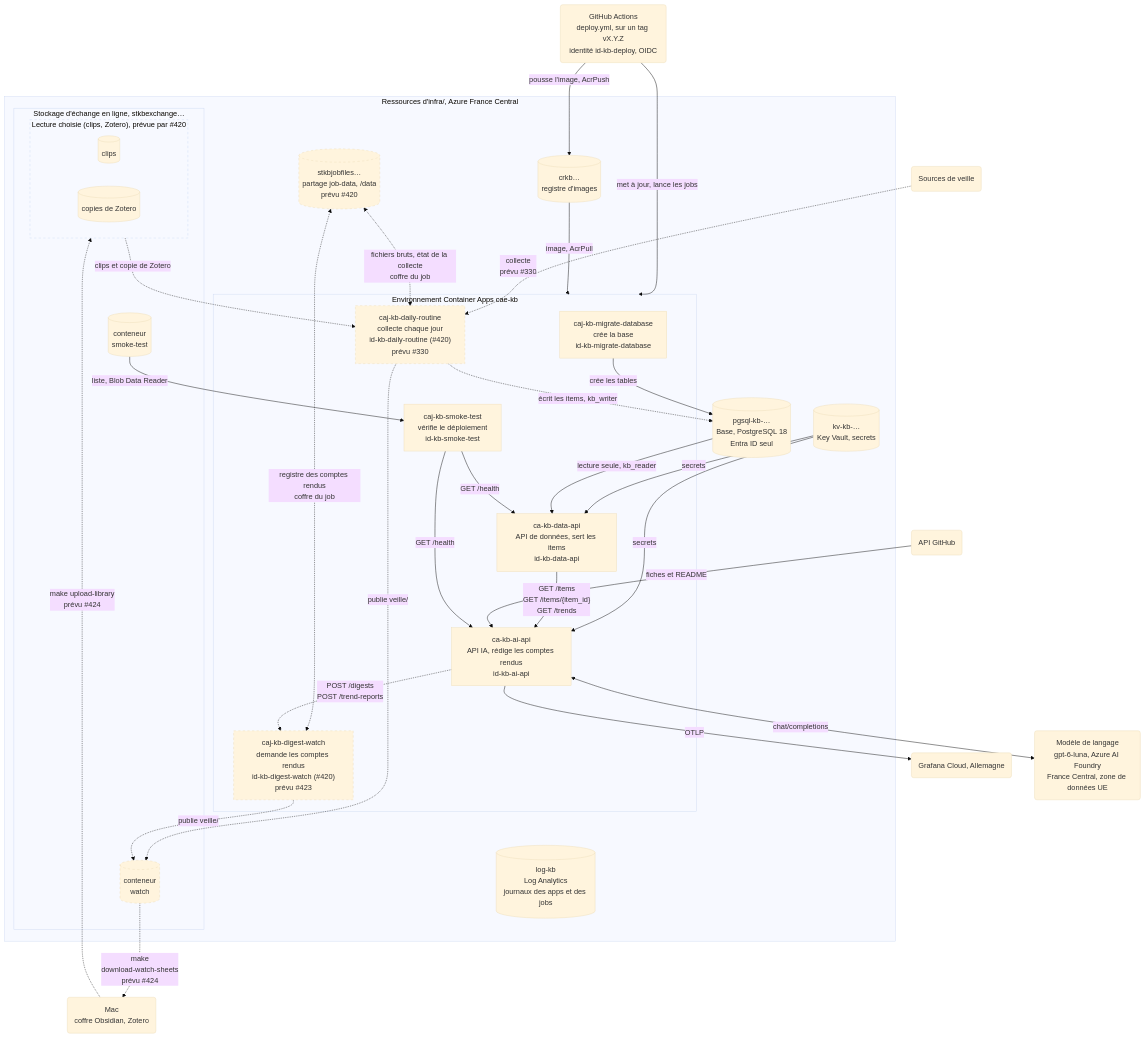
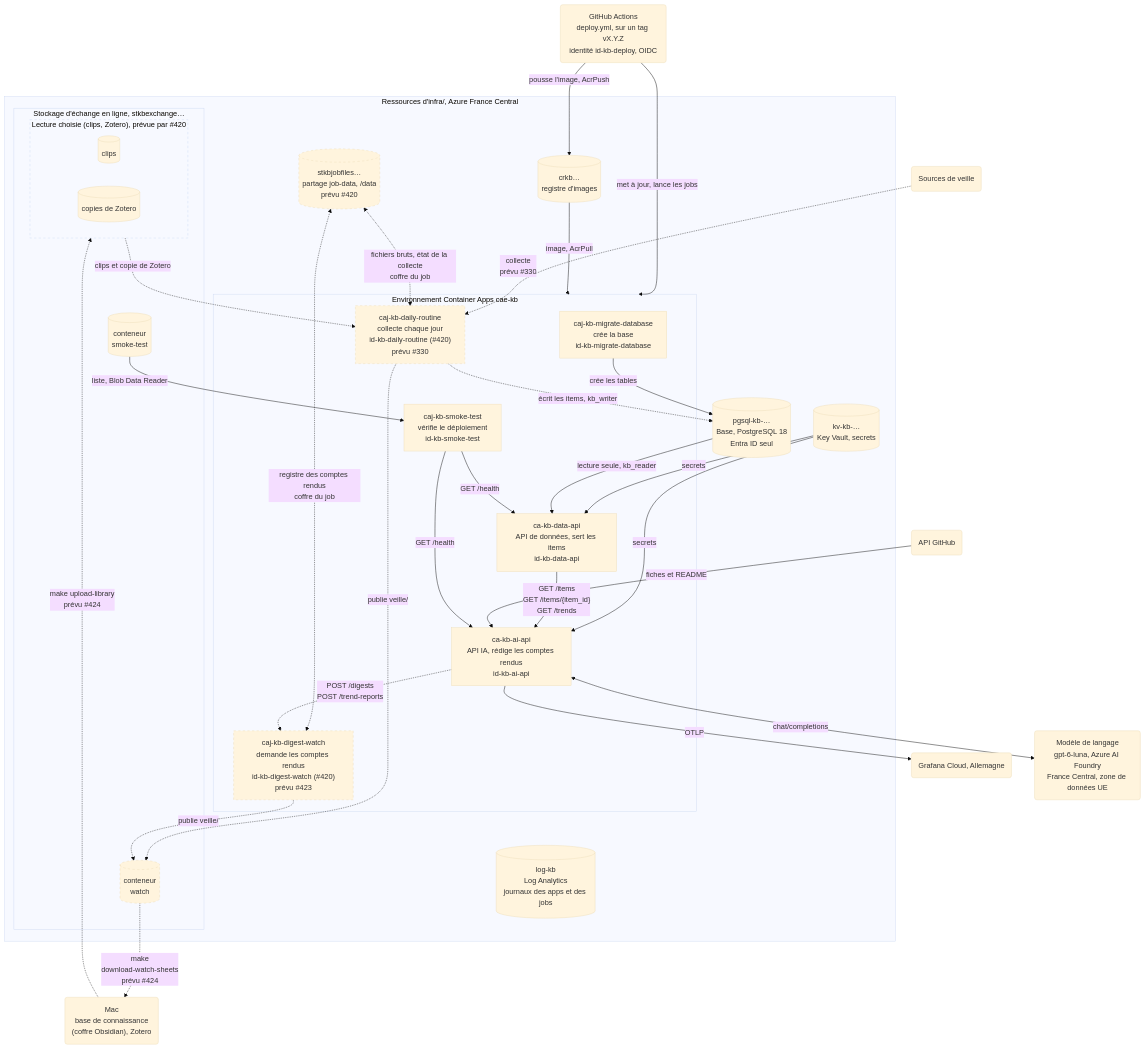
Before and after one commit to SabineLaurent/K-B: the fourth of 4 diagrams in documentation/architecture_pour_docu.md, drawn with Mermaid (base theme). The commit also changed other lines of this file, not shown here.

Commit message:
docs: name the vault the knowledge base (Obsidian vault) in the schemas (issue 511)

````diff
--- a/documentation/architecture_pour_docu.md
+++ b/documentation/architecture_pour_docu.md
@@ -370,61 +370,61 @@
 ```mermaid
 flowchart TB
     actions("GitHub Actions<br>deploy.yml, sur un tag vX.Y.Z<br>identité id-kb-deploy, OIDC")
-    mac("Mac<br>coffre Obsidian, Zotero")
+    mac("Mac<br>base de connaissance<br>(coffre Obsidian), Zotero")
     sources("Sources de veille")
     subgraph azure["Ressources d'infra/, Azure France Central"]
         registry[("crkb…<br>registre d'images")]
         keyVault[("kv-kb-…<br>Key Vault, secrets")]
         logs[("log-kb<br>Log Analytics<br>journaux des apps et des jobs")]
         subgraph cae["Environnement Container Apps cae-kb"]
             migrateJob["caj-kb-migrate-database<br>crée la base<br>id-kb-migrate-database"]
             smokeJob["caj-kb-smoke-test<br>vérifie le déploiement<br>id-kb-smoke-test"]
             dataApi["ca-kb-data-api<br>API de données, sert les items<br>id-kb-data-api"]
             aiApi["ca-kb-ai-api<br>API IA, rédige les comptes rendus<br>id-kb-ai-api"]
             dailyJob["caj-kb-daily-routine<br>collecte chaque jour<br>id-kb-daily-routine (#420)<br>prévu #330"]
             digestJob["caj-kb-digest-watch<br>demande les comptes rendus<br>id-kb-digest-watch (#420)<br>prévu #423"]
         end
         base[("pgsql-kb-…<br>Base, PostgreSQL 18<br>Entra ID seul")]
         subgraph exchange["Stockage d'échange en ligne, stkbexchange…"]
             smokeContainer[("conteneur<br>smoke-test")]
             subgraph choice["Lecture choisie (clips, Zotero), prévue par #420"]
                 clipContainer[("clips")]
                 zoteroContainer[("copies de Zotero")]
             end
             watchContainer[("conteneur<br>watch")]
         end
         jobFiles[("stkbjobfiles…<br>partage job-data, /data<br>prévu #420")]
     end
     grafana("Grafana Cloud, Allemagne")
     githubApi("API GitHub")
     model("Modèle de langage<br>gpt-6-luna, Azure AI Foundry<br>France Central, zone de données UE")
     style dailyJob stroke-dasharray: 5 5
     style digestJob stroke-dasharray: 5 5
     style choice stroke-dasharray: 5 5
     style watchContainer stroke-dasharray: 5 5
     style jobFiles stroke-dasharray: 5 5
     actions -->|"pousse l'image, AcrPush"| registry
     actions -->|"met à jour, lance les jobs"| cae
     registry -->|"image, AcrPull"| cae
     keyVault -->|"secrets"| dataApi
     keyVault -->|"secrets"| aiApi
     migrateJob -->|"crée les tables"| base
     base -->|"lecture seule, kb_reader"| dataApi
     dataApi -->|"GET /items<br>GET /items/{item_id}<br>GET /trends"| aiApi
     aiApi -->|"OTLP"| grafana
     githubApi -->|"fiches et README"| aiApi
     aiApi <-->|"chat/completions"| model
     smokeContainer -->|"liste, Blob Data Reader"| smokeJob
     smokeJob -->|"GET /health"| dataApi
     smokeJob -->|"GET /health"| aiApi
     mac -.->|"make upload-library<br>prévu #424"| choice
     sources -.->|"collecte<br>prévu #330"| dailyJob
     choice -.->|"clips et copie de Zotero"| dailyJob
     dailyJob -.->|"écrit les items, kb_writer"| base
     jobFiles <-.->|"fichiers bruts, état de la collecte<br>coffre du job"| dailyJob
     jobFiles <-.->|"registre des comptes rendus<br>coffre du job"| digestJob
     aiApi -.->|"POST /digests<br>POST /trend-reports"| digestJob
     dailyJob -.->|"publie veille/"| watchContainer
     digestJob -.->|"publie veille/"| watchContainer
     watchContainer -.->|"make<br>download-watch-sheets<br>prévu #424"| mac
 ```
````
